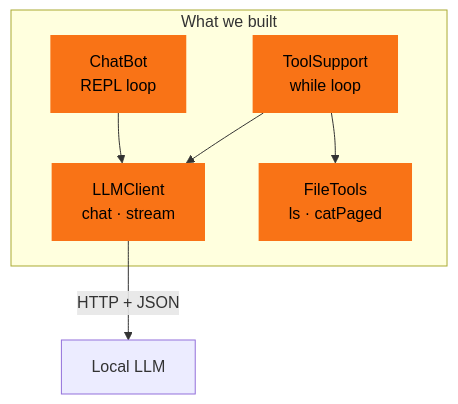
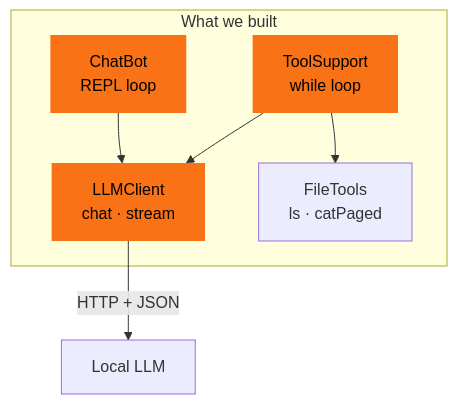
The ninth of 9 diagrams in slides/slides.md (parttimenerd/tiny-llm-library-demo), drawn with Mermaid before and after one commit. The commit also changed other lines of this file and 1 other file, not shown here.

````diff
--- a/slides/slides.md
+++ b/slides/slides.md
@@ -2272,19 +2193,18 @@
 ```mermaid
 flowchart TB
   subgraph "What we built"
     lc["LLMClient<br>chat · stream"]
     cb["ChatBot<br>REPL loop"]
     ts["ToolSupport<br>while loop"]
     ft["FileTools<br>ls · catPaged"]
   end
 
   cb --> lc
   ts --> lc
   ts --> ft
   lc -->|"HTTP + JSON"| llm["Local LLM"]
 
   style lc fill:#f97316,color:#000,stroke:none
   style cb fill:#f97316,color:#000,stroke:none
   style ts fill:#f97316,color:#000,stroke:none
-  style ft fill:#f97316,color:#000,stroke:none
 ```
````
